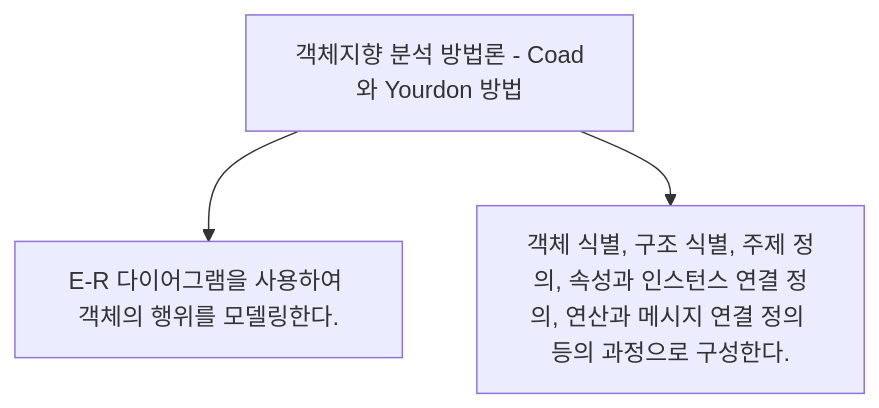
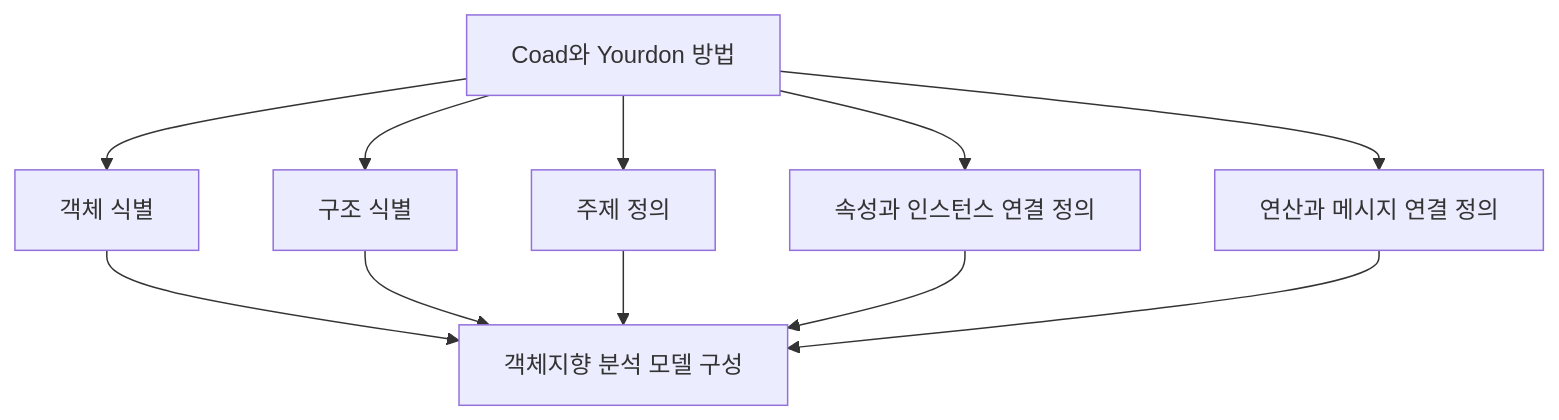
One commit to nes0903/study changed the first of 11 diagrams in 정보처리기사/1과목 소프트웨어 설계/036 객체지향 분석 방법론 - Coad와 Yourdon 방법/036 객체지향 분석 방법론 - Coad와 Yourdon 방법.md. Above: the diagram before and after it, drawn with Mermaid. The commit also changed other lines of this file and 318 other files, not shown here.

````diff
--- a/정보처리기사/1과목 소프트웨어 설계/036 객체지향 분석 방법론 - Coad와 Yourdon 방법/036 객체지향 분석 방법론 - Coad와 Yourdon 방법.md
+++ b/정보처리기사/1과목 소프트웨어 설계/036 객체지향 분석 방법론 - Coad와 Yourdon 방법/036 객체지향 분석 방법론 - Coad와 Yourdon 방법.md
@@ -13,6 +18,14 @@
 ```mermaid
 flowchart TD
-    A["객체지향 분석 방법론 - Coad와 Yourdon 방법"]
-    A --> N1["E-R 다이어그램을 사용하여 객체의 행위를 모델링한다."]
-    A --> N2["객체 식별, 구조 식별, 주제 정의, 속성과 인스턴스 연결 정의, 연산과 메시지 연결 정의 등의 과정으로 구성한다."]
+    A["Coad와 Yourdon 방법"]
+    A --> B["객체 식별"]
+    A --> C["구조 식별"]
+    A --> D["주제 정의"]
+    A --> E["속성과 인스턴스 연결 정의"]
+    A --> F["연산과 메시지 연결 정의"]
+    B --> G["객체지향 분석 모델 구성"]
+    C --> G
+    D --> G
+    E --> G
+    F --> G
 ```
````
